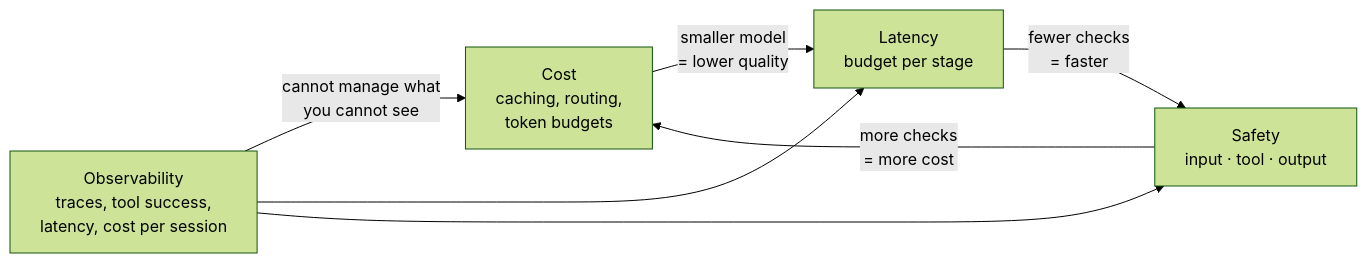
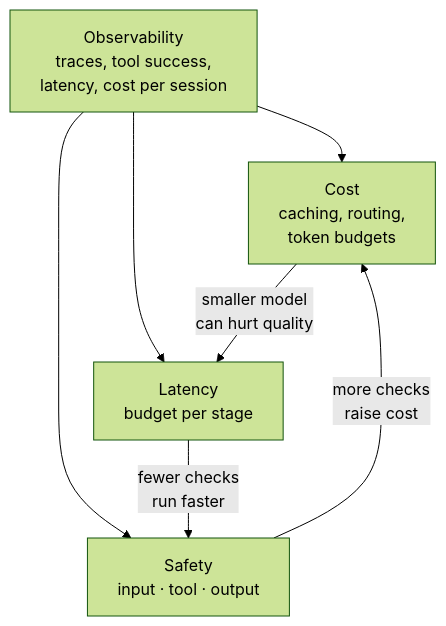
Before and after one commit to sanjaykumarpushadapu/MTech: diagram 12 of 12 in 2026-2027-Sem1/AIMLCZG521-ConversationalAI/notes/S01-foundations.md, drawn with Mermaid (forest theme). The commit also changed other lines of this file and 3 other files, not shown here.

Commit message:
fixs mermaid

````diff
--- a/2026-2027-Sem1/AIMLCZG521-ConversationalAI/notes/S01-foundations.md
+++ b/2026-2027-Sem1/AIMLCZG521-ConversationalAI/notes/S01-foundations.md
@@ -667,13 +662,10 @@
 ```mermaid
-flowchart LR
+flowchart TD
     O["Observability<br/>traces, tool success,<br/>latency, cost per session"]
-    C["Cost<br/>caching, routing,<br/>token budgets"]
-    L["Latency<br/>budget per stage"]
-    S["Safety<br/>input · tool · output"]
-    C -->|"smaller model<br/>= lower quality"| L
-    L -->|"fewer checks<br/>= faster"| S
-    S -->|"more checks<br/>= more cost"| C
-    O -->|"cannot manage what<br/>you cannot see"| C
-    O --> L
-    O --> S
+    O --> C["Cost<br/>caching, routing,<br/>token budgets"]
+    O --> L["Latency<br/>budget per stage"]
+    O --> S["Safety<br/>input · tool · output"]
+    C -->|"smaller model<br/>can hurt quality"| L
+    L -->|"fewer checks<br/>run faster"| S
+    S -->|"more checks<br/>raise cost"| C
 ```
````
